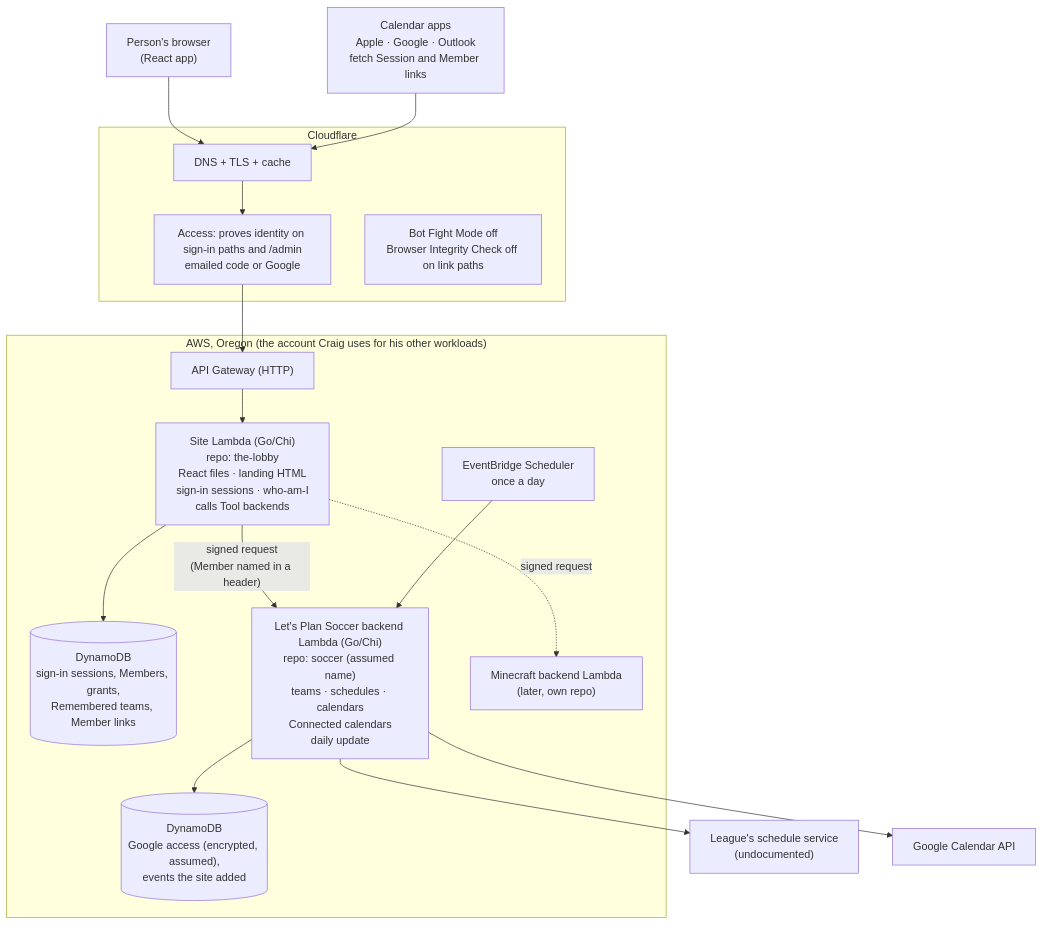
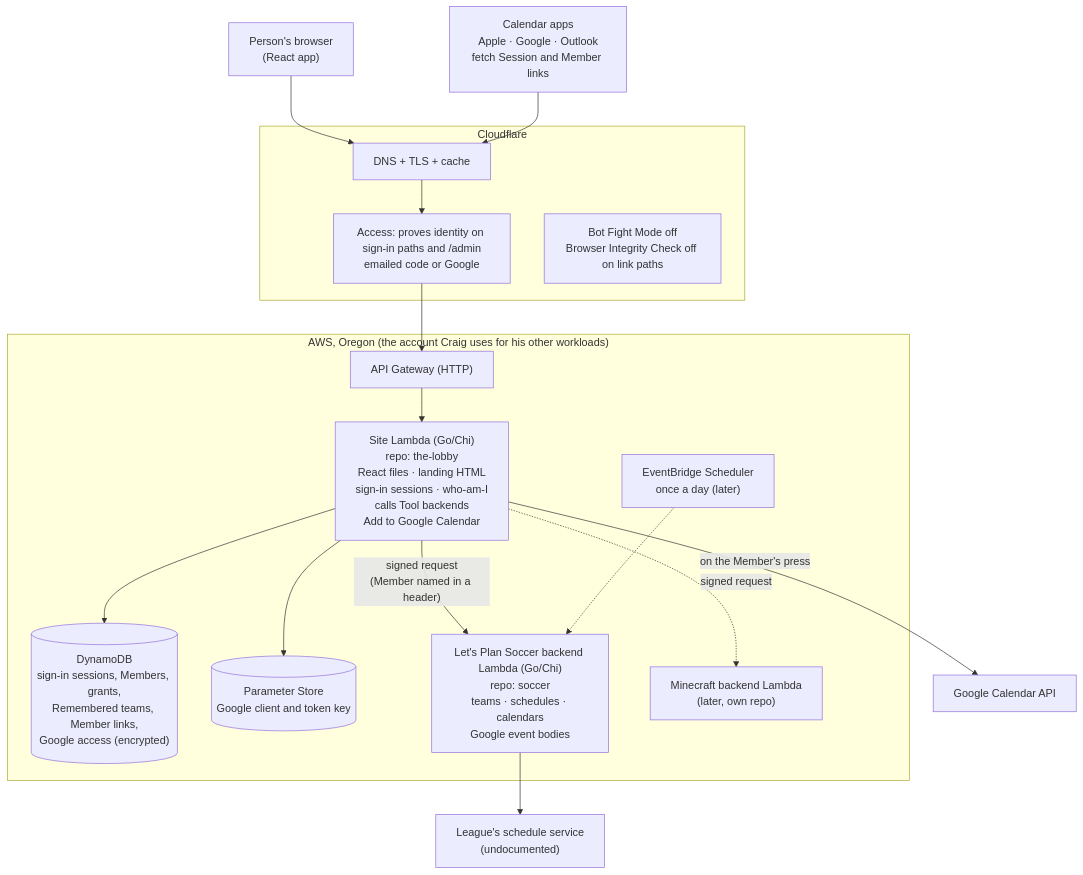
The second of 3 diagrams in docs/infrastructure.md (CraigDevJohnson/the-lobby), drawn with Mermaid before and after one commit. The commit also changed other lines of this file and 32 other files, not shown here.

First line of the commit message:
Add games straight into a Member's Google calendar (#59)

````diff
--- a/docs/infrastructure.md
+++ b/docs/infrastructure.md
@@ -34,34 +34,34 @@
 ```mermaid
 flowchart TB
     person["Person's browser<br/>(React app)"]
     calapps["Calendar apps<br/>Apple · Google · Outlook<br/>fetch Session and Member links"]
 
     subgraph cf["Cloudflare"]
         dns["DNS + TLS + cache"]
         acc["Access: proves identity on sign-in paths and /admin<br/>emailed code or Google"]
         bots["Bot Fight Mode off<br/>Browser Integrity Check off on link paths"]
     end
 
     subgraph aws["AWS, Oregon (the account Craig uses for his other workloads)"]
         apigw["API Gateway (HTTP)"]
-        site["Site Lambda (Go/Chi)<br/>repo: the-lobby<br/>React files · landing HTML<br/>sign-in sessions · who-am-I<br/>calls Tool backends"]
-        siteDb[("DynamoDB<br/>sign-in sessions, Members, grants,<br/>Remembered teams, Member links")]
-        soccer["Let's Plan Soccer backend Lambda (Go/Chi)<br/>repo: soccer (assumed name)<br/>teams · schedules · calendars<br/>Connected calendars<br/>daily update"]
-        soccerDb[("DynamoDB<br/>Google access (encrypted, assumed),<br/>events the site added")]
-        sched["EventBridge Scheduler<br/>once a day"]
+        site["Site Lambda (Go/Chi)<br/>repo: the-lobby<br/>React files · landing HTML<br/>sign-in sessions · who-am-I<br/>calls Tool backends<br/>Add to Google Calendar"]
+        siteDb[("DynamoDB<br/>sign-in sessions, Members, grants,<br/>Remembered teams, Member links,<br/>Google access (encrypted)")]
+        ssm[("Parameter Store<br/>Google client and token key")]
+        soccer["Let's Plan Soccer backend Lambda (Go/Chi)<br/>repo: soccer<br/>teams · schedules · calendars<br/>Google event bodies"]
+        sched["EventBridge Scheduler<br/>once a day (later)"]
         mc["Minecraft backend Lambda<br/>(later, own repo)"]
     end
 
     lps["League's schedule service<br/>(undocumented)"]
     google["Google Calendar API"]
 
     person --> dns --> acc --> apigw --> site
     calapps --> dns
     site --> siteDb
+    site --> ssm
     site -- "signed request<br/>(Member named in a header)" --> soccer
     site -. "signed request" .-> mc
-    soccer --> soccerDb
+    site -- "on the Member's press" --> google
     soccer --> lps
-    soccer --> google
-    sched --> soccer
+    sched -.-> soccer
 ```
````
